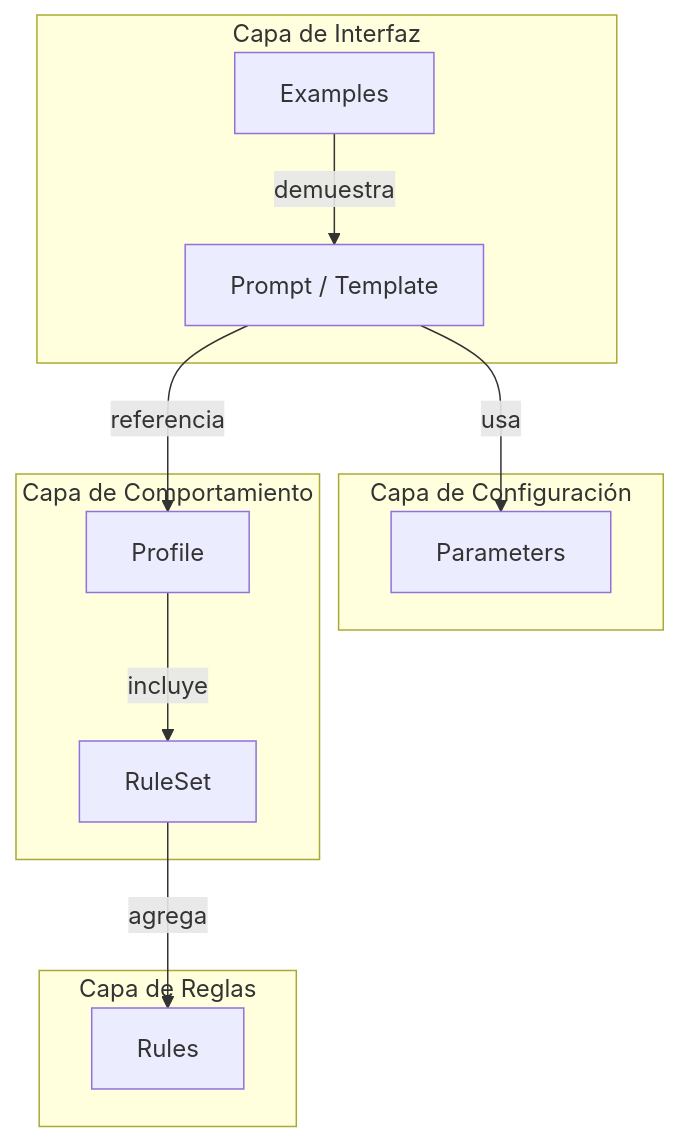
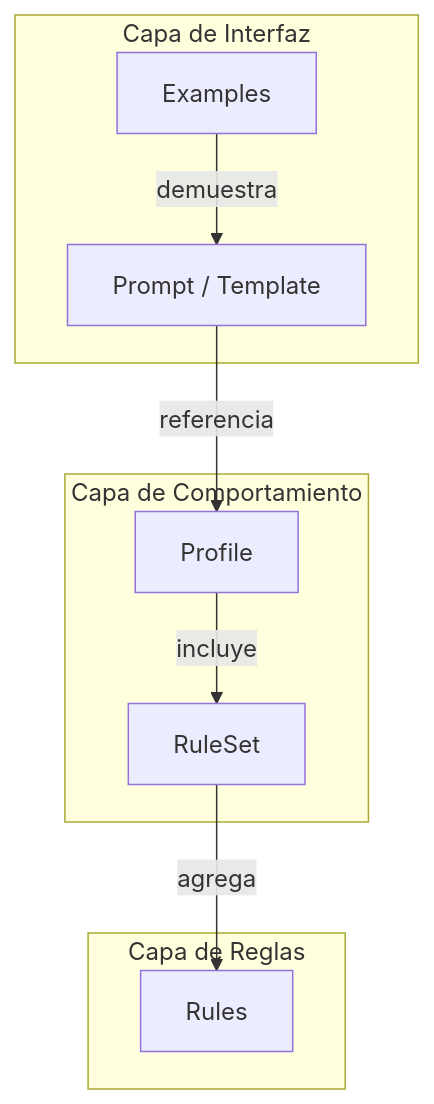
The fourth of 4 diagrams in PromptFramework/Guides/Readme.md (Aplicada-Streaming/IA.Prompting.Templates), drawn with Mermaid before and after one commit. The commit also changed other lines of this file and 31 other files, not shown here.

````diff
--- a/PromptFramework/Guides/Readme.md
+++ b/PromptFramework/Guides/Readme.md
@@ -304,22 +268,18 @@
 ```mermaid
 graph TB
-    subgraph "Capa de Configuración"
-        PA[Parameters]
-    end
     subgraph "Capa de Comportamiento"
         PR[Profile]
         RS[RuleSet]
     end
     subgraph "Capa de Reglas"
         R[Rules]
     end
     subgraph "Capa de Interfaz"
         PT[Prompt / Template]
         EX[Examples]
     end
     PT -->|referencia| PR
-    PT -->|usa| PA
     EX -->|demuestra| PT
     PR -->|incluye| RS
     RS -->|agrega| R
 ```
````
